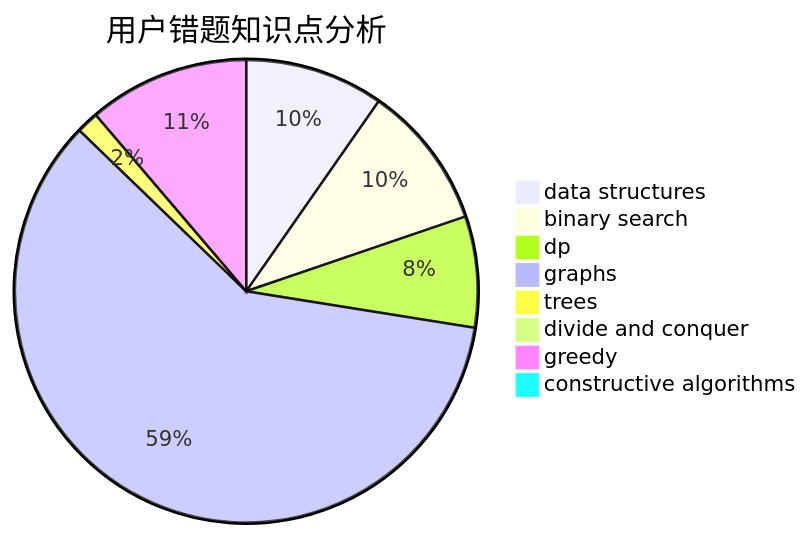
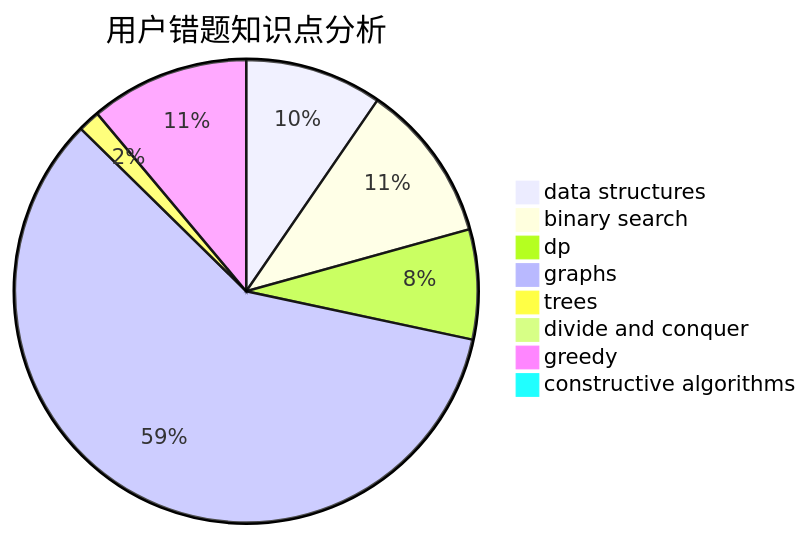
One commit to sherpahu/cfrs.github.io changed the third of 3 diagrams in docs/user/u2005.md. Above: the diagram before and after it, drawn with Mermaid. The commit also changed other lines of this file and 2770 other files, not shown here.

````diff
--- a/docs/user/u2005.md
+++ b/docs/user/u2005.md
@@ -36,11 +36,11 @@
 ```mermaid
 pie title 用户错题知识点分析
     "data structures" :  25
-    "binary search" :  26
+    "binary search" :  29
     "dp" :  20
     "graphs" :  154
     "trees" :  4
     "divide and conquer" :  1
     "greedy" :  29
     "constructive algorithms" :  0
 ```
````
